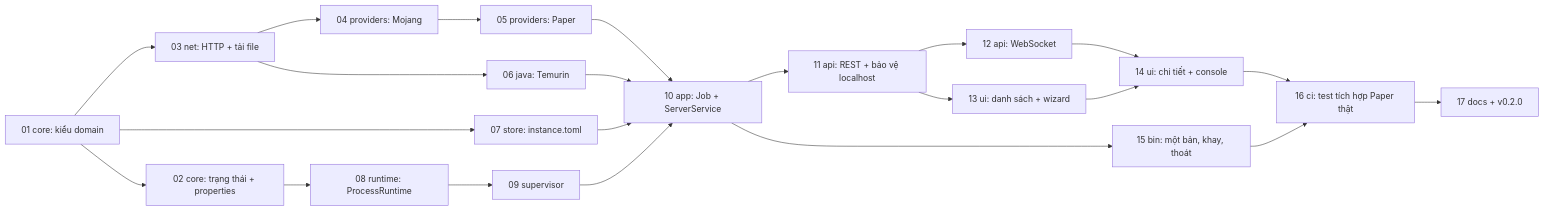
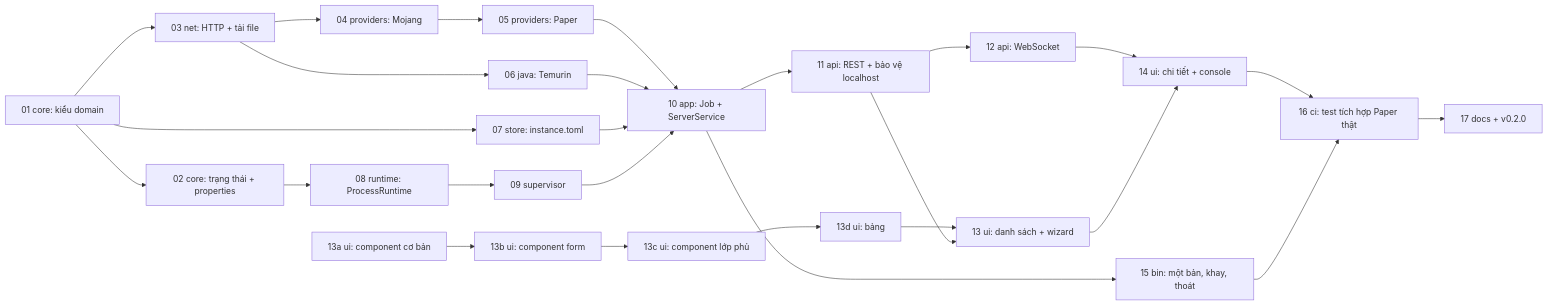
The diagram in docs/specs/p1-ke-hoach-pr.md (Pharos107/MineHost), drawn with Mermaid before and after one commit. The commit also changed other lines of this file and 39 other files, not shown here.

First line of the commit message:
feat(ui): bộ component cơ bản, token và Vitest

````diff
--- a/docs/specs/p1-ke-hoach-pr.md
+++ b/docs/specs/p1-ke-hoach-pr.md
@@ -8,24 +8,28 @@
 ```mermaid
 flowchart LR
     PR01[01 core: kiểu domain] --> PR02[02 core: trạng thái + properties]
     PR01 --> PR03[03 net: HTTP + tải file]
     PR03 --> PR04[04 providers: Mojang]
     PR04 --> PR05[05 providers: Paper]
     PR03 --> PR06[06 java: Temurin]
     PR01 --> PR07[07 store: instance.toml]
     PR02 --> PR08[08 runtime: ProcessRuntime]
     PR08 --> PR09[09 supervisor]
     PR05 --> PR10[10 app: Job + ServerService]
     PR06 --> PR10
     PR07 --> PR10
     PR09 --> PR10
     PR10 --> PR11[11 api: REST + bảo vệ localhost]
     PR11 --> PR12[12 api: WebSocket]
+    PR13a[13a ui: component cơ bản] --> PR13b[13b ui: component form]
+    PR13b --> PR13c[13c ui: component lớp phủ]
+    PR13c --> PR13d[13d ui: bảng]
+    PR13d --> PR13
     PR11 --> PR13[13 ui: danh sách + wizard]
     PR12 --> PR14[14 ui: chi tiết + console]
     PR13 --> PR14
     PR10 --> PR15[15 bin: một bản, khay, thoát]
     PR14 --> PR16[16 ci: test tích hợp Paper thật]
     PR15 --> PR16
     PR16 --> PR17[17 docs + v0.2.0]
 ```
````
